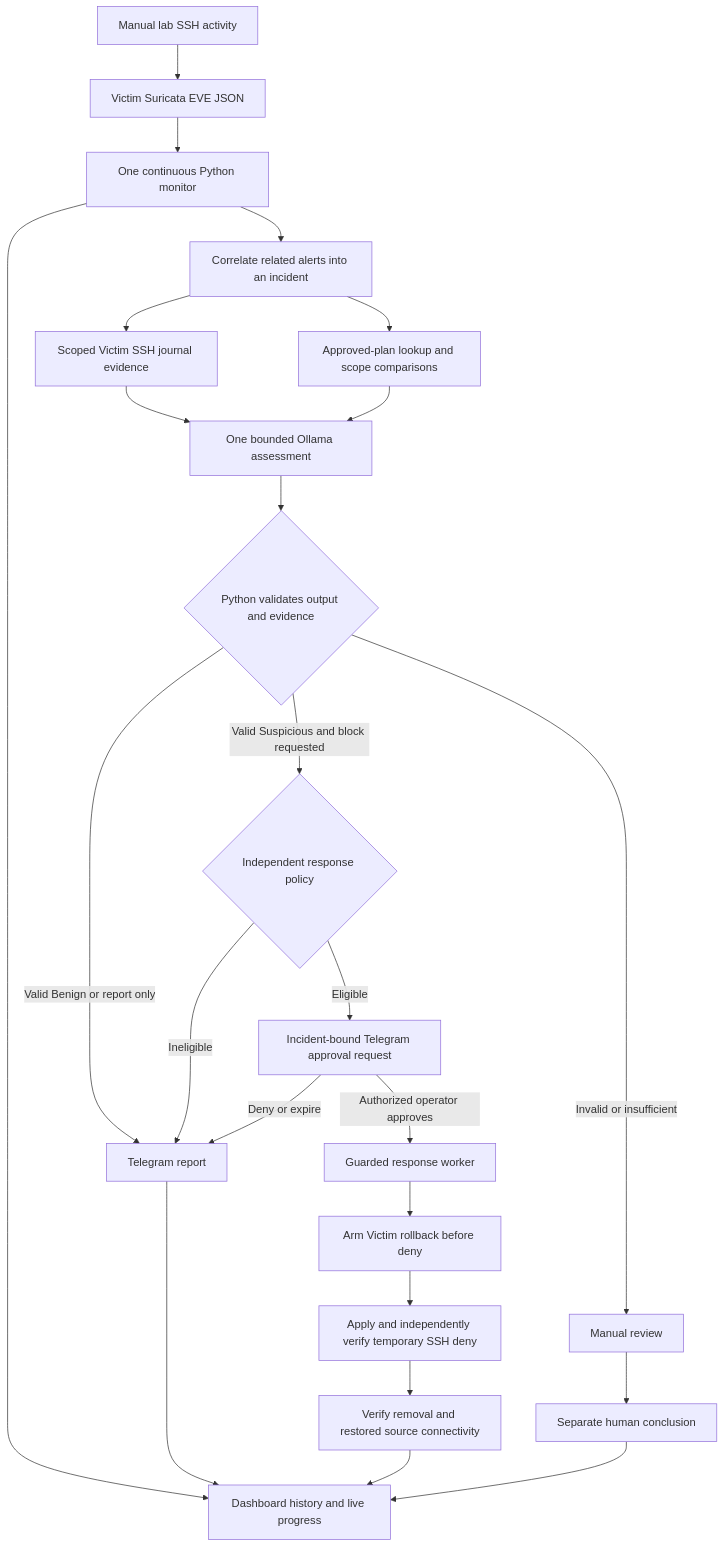
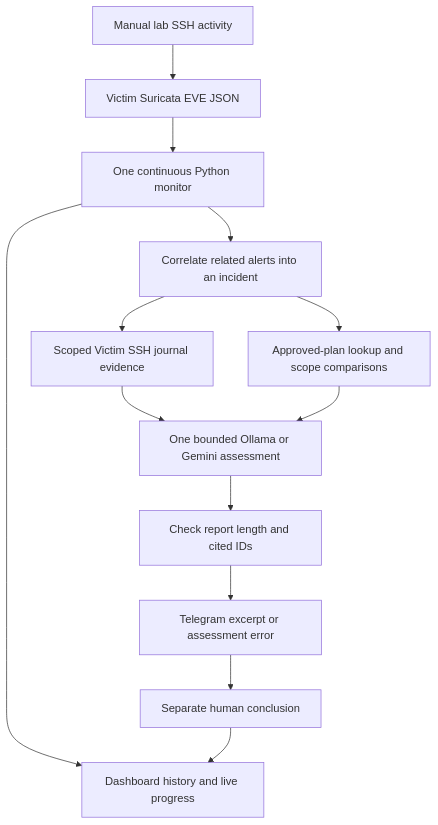
The first of 2 diagrams in README.md (mashaojin/soar-investigation-windows), drawn with Mermaid before and after one commit. The commit also changed other lines of this file and 37 other files, not shown here.

Commit message:
Add Gemini routing and plain-language Windows SSH investigations

````diff
--- a/README.md
+++ b/README.md
@@ -32,26 +32,15 @@
 ```mermaid
 flowchart TD
     A[Manual lab SSH activity] --> B[Victim Suricata EVE JSON]
     B --> C[One continuous Python monitor]
     C --> D[Correlate related alerts into an incident]
     D --> E[Scoped Victim SSH journal evidence]
     D --> F[Approved-plan lookup and scope comparisons]
-    E --> G[One bounded Ollama assessment]
+    E --> G[One bounded Ollama or Gemini assessment]
     F --> G
-    G --> H{Python validates output and evidence}
-    H -->|Invalid or insufficient| I[Manual review]
-    H -->|Valid Benign or report only| J[Telegram report]
-    H -->|Valid Suspicious and block requested| K{Independent response policy}
-    K -->|Ineligible| J
-    K -->|Eligible| L[Incident-bound Telegram approval request]
-    L -->|Deny or expire| J
-    L -->|Authorized operator approves| M[Guarded response worker]
-    M --> N[Arm Victim rollback before deny]
-    N --> O[Apply and independently verify temporary SSH deny]
-    O --> P[Verify removal and restored source connectivity]
+    G --> H[Check report length and cited IDs]
+    H --> I[Telegram excerpt or assessment error]
     I --> Q[Separate human conclusion]
     C --> R[Dashboard history and live progress]
-    J --> R
-    P --> R
     Q --> R
 ```
````
